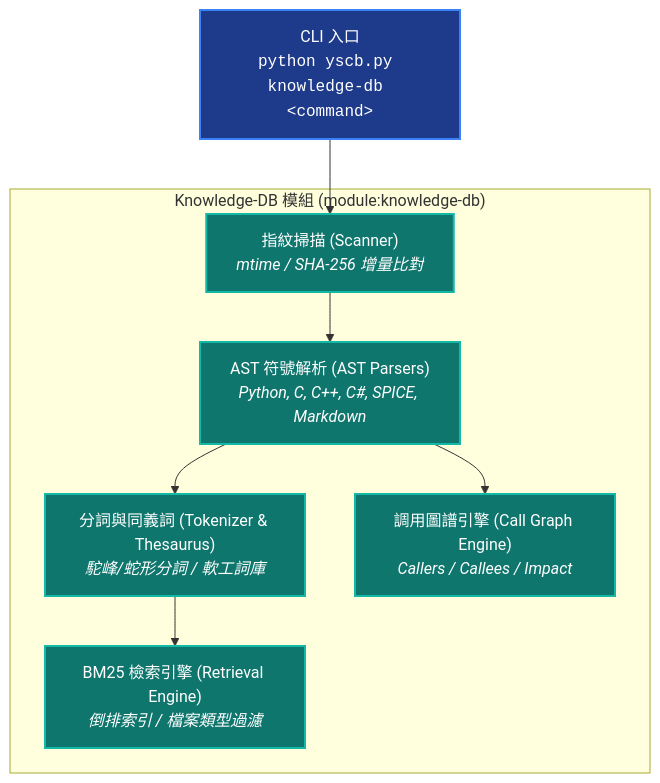
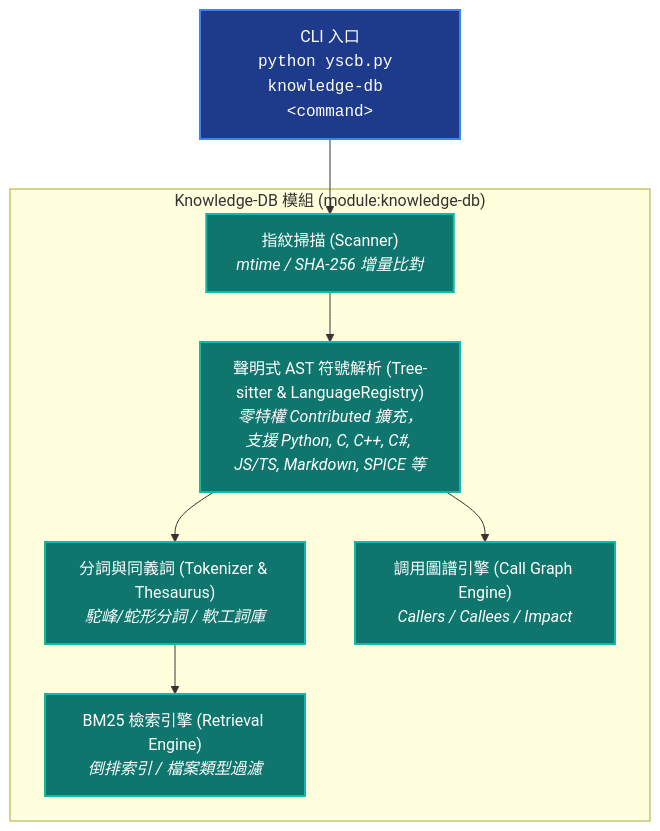
The diagram in ys_codebase/source/knowledge-db/README.md (ysnaive/ys-codebase), drawn with Mermaid before and after one commit. The commit also changed 37 other files, not shown here.

Commit message:
feat(knowledge-db): implement universal tree-sitter AST engine and zero-privilege contributed language registry

````diff
--- a/ys_codebase/source/knowledge-db/README.md
+++ b/ys_codebase/source/knowledge-db/README.md
@@ -12,21 +12,21 @@
 ```mermaid
 graph TD
     classDef main fill:#1e3a8a,stroke:#3b82f6,stroke-width:2px,color:#fff;
     classDef sub fill:#0f766e,stroke:#14b8a6,stroke-width:2px,color:#fff;
 
     CLI["CLI 入口<br/><code>python yscb.py knowledge-db &lt;command&gt;</code>"]:::main
 
     subgraph KnowledgeDBModule ["Knowledge-DB 模組 (module:knowledge-db)"]
         Scanner["指紋掃描 (Scanner)<br/><i>mtime / SHA-256 增量比對</i>"]:::sub
-        Parsers["AST 符號解析 (AST Parsers)<br/><i>Python, C, C++, C#, SPICE, Markdown</i>"]:::sub
+        Parsers["聲明式 AST 符號解析 (Tree-sitter & LanguageRegistry)<br/><i>零特權 Contributed 擴充，支援 Python, C, C++, C#, JS/TS, Markdown, SPICE 等</i>"]:::sub
         Tokenizer["分詞與同義詞 (Tokenizer & Thesaurus)<br/><i>駝峰/蛇形分詞 / 軟工詞庫</i>"]:::sub
         Retrieval["BM25 檢索引擎 (Retrieval Engine)<br/><i>倒排索引 / 檔案類型過濾</i>"]:::sub
         Graph["調用圖譜引擎 (Call Graph Engine)<br/><i>Callers / Callees / Impact</i>"]:::sub
     end
 
     CLI --> Scanner
     Scanner --> Parsers
     Parsers --> Tokenizer
     Tokenizer --> Retrieval
     Parsers --> Graph
 ```
````
